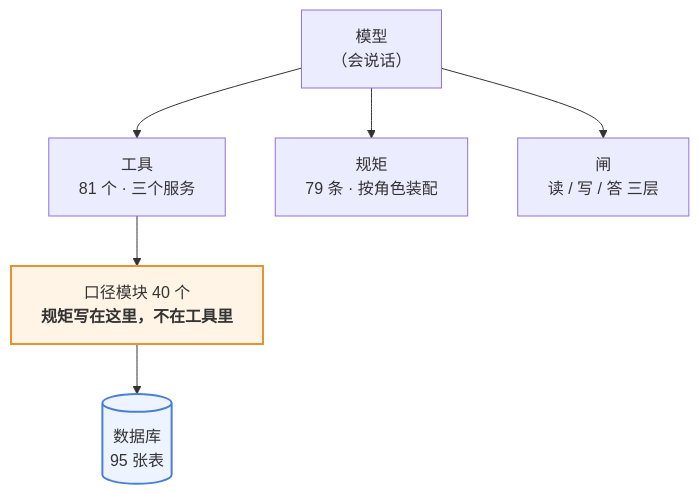
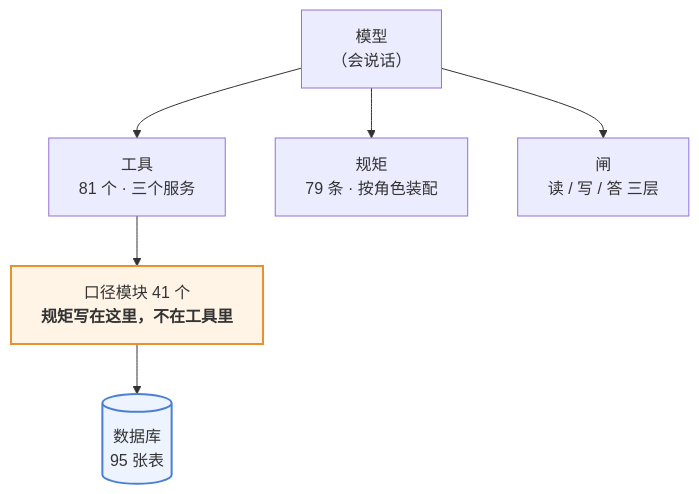
The first of 3 diagrams in 澜绣云裳agent-产品说明.md (843773296-rgb/lanxiu-yunshang-agent), drawn with Mermaid before and after one commit. The commit also changed other lines of this file and 13 other files, not shown here.

````diff
--- a/澜绣云裳agent-产品说明.md
+++ b/澜绣云裳agent-产品说明.md
@@ -62,12 +62,12 @@
 ```mermaid
 flowchart TD
     M["模型<br/>（会说话）"]
     M --> T["工具<br/>81 个 · 三个服务"]
     M --> R["规矩<br/>79 条 · 按角色装配"]
     M --> G["闸<br/>读 / 写 / 答 三层"]
-    T --> K["口径模块 40 个<br/><b>规矩写在这里，不在工具里</b>"]
+    T --> K["口径模块 41 个<br/><b>规矩写在这里，不在工具里</b>"]
     K --> DB[("数据库<br/>95 张表")]
 
     style K fill:#fff4e6,stroke:#e8912d,stroke-width:2px
     style DB fill:#eef4ff,stroke:#4a7fd4,stroke-width:2px
 ```
````
